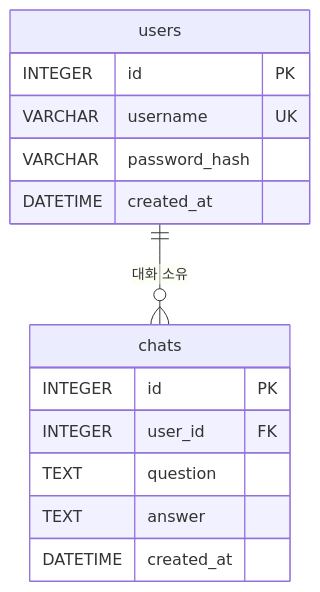
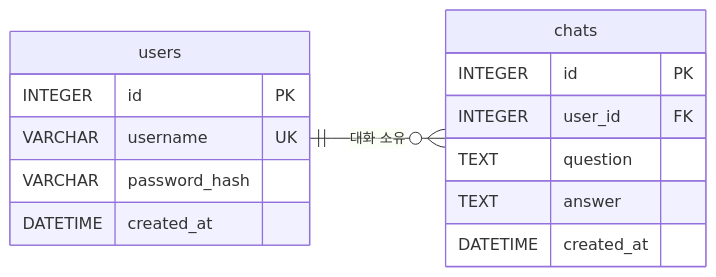
Before and after one commit to peachily/codyssey1-termproject: the diagram in docs/DATABASE.md, drawn with Mermaid. The commit also changed other lines of this file and 7 other files, not shown here.

````diff
--- a/docs/DATABASE.md
+++ b/docs/DATABASE.md
@@ -7,17 +7,18 @@
 ```mermaid
 erDiagram
+    direction LR
     users ||--o{ chats : "대화 소유"
     users {
         INTEGER id PK
         VARCHAR username UK
         VARCHAR password_hash
         DATETIME created_at
     }
     chats {
         INTEGER id PK
         INTEGER user_id FK
         TEXT question
         TEXT answer
         DATETIME created_at
     }
 ```
````
